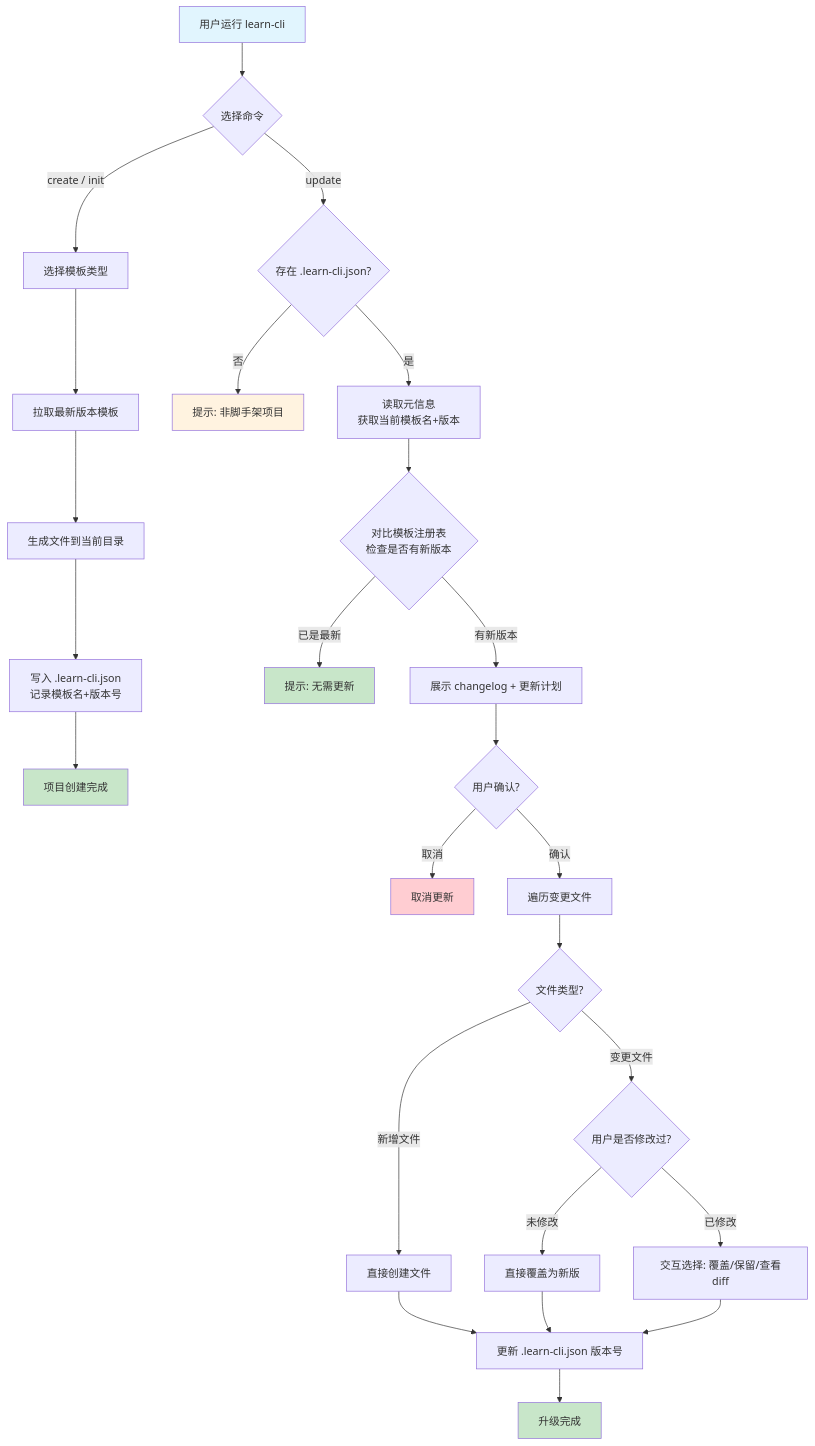
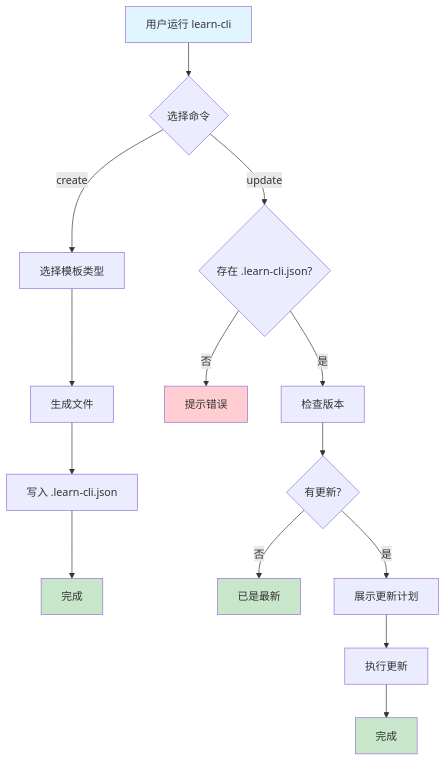
The diagram in README.md (chenchen112/learn-cli), drawn with Mermaid before and after one commit. The commit also changed other lines of this file and 3 other files, not shown here.

````diff
--- a/README.md
+++ b/README.md
@@ -162,36 +175,24 @@
 ```mermaid
 flowchart TD
     A["用户运行 learn-cli"] --> B{"选择命令"}
 
-    B -->|"create / init"| C["选择模板类型"]
-    C --> D["拉取最新版本模板"]
-    D --> E["生成文件到当前目录"]
-    E --> F["写入 .learn-cli.json<br/>记录模板名+版本号"]
-    F --> G["项目创建完成"]
+    B -->|"create"| C["选择模板类型"]
+    C --> D["生成文件"]
+    D --> E["写入 .learn-cli.json"]
+    E --> F["完成"]
 
-    B -->|"update"| H{"存在 .learn-cli.json?"}
-    H -- "否" --> I["提示: 非脚手架项目"]
-    H -- "是" --> J["读取元信息<br/>获取当前模板名+版本"]
-    J --> K{"对比模板注册表<br/>检查是否有新版本"}
-    K -- "已是最新" --> L["提示: 无需更新"]
-    K -- "有新版本" --> M["展示 changelog + 更新计划"]
-    M --> N{"用户确认?"}
-    N -- "取消" --> O["取消更新"]
-    N -- "确认" --> P["遍历变更文件"]
-    P --> Q{"文件类型?"}
-    Q -- "新增文件" --> R["直接创建文件"]
-    Q -- "变更文件" --> S{"用户是否修改过?"}
-    S -- "未修改" --> T["直接覆盖为新版"]
-    S -- "已修改" --> U["交互选择: 覆盖/保留/查看diff"]
-    R --> V["更新 .learn-cli.json 版本号"]
-    T --> V
-    U --> V
-    V --> W["升级完成"]
+    B -->|"update"| G{"存在 .learn-cli.json?"}
+    G -- "否" --> H["提示错误"]
+    G -- "是" --> I["检查版本"]
+    I --> J{"有更新?"}
+    J -- "否" --> K["已是最新"]
+    J -- "是" --> L["展示更新计划"]
+    L --> M["执行更新"]
+    M --> N["完成"]
 
     style A fill:#e1f5fe
-    style G fill:#c8e6c9
-    style W fill:#c8e6c9
-    style I fill:#fff3e0
-    style L fill:#c8e6c9
-    style O fill:#ffcdd2
+    style F fill:#c8e6c9
+    style N fill:#c8e6c9
+    style H fill:#ffcdd2
+    style K fill:#c8e6c9
 ```
````
